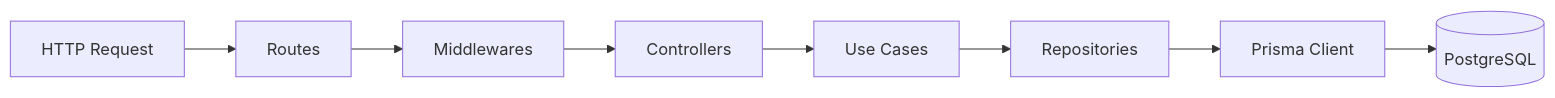
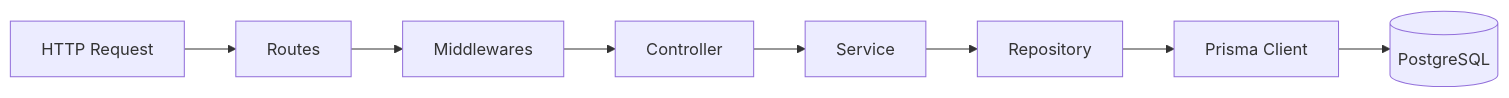
The diagram in README.md (vivianeaguiarc/finance-app), drawn with Mermaid before and after one commit. The commit also changed other lines of this file and 46 other files, not shown here.

Commit message:
refactor: improve modular clean architecture

````diff
--- a/README.md
+++ b/README.md
@@ -95,10 +97,10 @@
 ```mermaid
 flowchart LR
     A[HTTP Request] --> B[Routes]
     B --> C[Middlewares]
-    C --> D[Controllers]
-    D --> E[Use Cases]
-    E --> F[Repositories]
+    C --> D[Controller]
+    D --> E[Service]
+    E --> F[Repository]
     F --> G[Prisma Client]
     G --> H[(PostgreSQL)]
 ```
````
